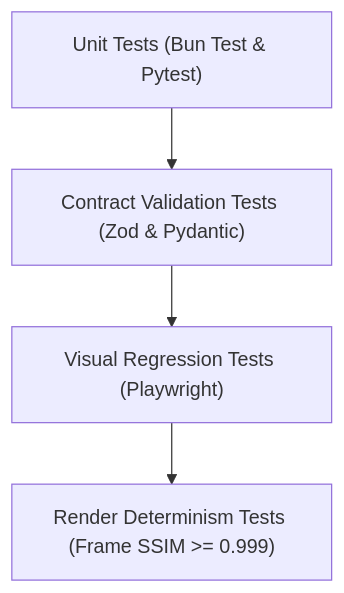
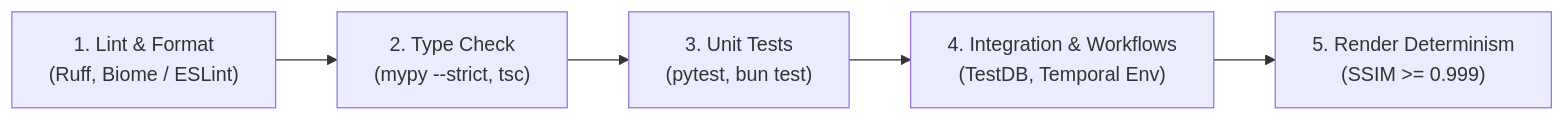
Before and after one commit to hoanglong2206/Video-Tool: the diagram in docs/development/CODING_STANDARDS.md, drawn with Mermaid. The commit also changed other lines of this file and 26 other files, not shown here.

First line of the commit message:
docs(architecture): establish comprehensive documentation system for AI Motion Studio

````diff
--- a/docs/development/CODING_STANDARDS.md
+++ b/docs/development/CODING_STANDARDS.md
@@ -101,11 +201,7 @@
 ```mermaid
-graph TD
-    Unit["Unit Tests (Bun Test & Pytest)"]
-    Contract["Contract Validation Tests (Zod & Pydantic)"]
-    Visual["Visual Regression Tests (Playwright)"]
-    Determinism["Render Determinism Tests (Frame SSIM >= 0.999)"]
-
-    Unit --> Contract
-    Contract --> Visual
-    Visual --> Determinism
+flowchart LR
+    Lint["1. Lint & Format<br>(Ruff, Biome / ESLint)"] --> Type["2. Type Check<br>(mypy --strict, tsc)"]
+    Type --> Unit["3. Unit Tests<br>(pytest, bun test)"]
+    Unit --> Integration["4. Integration & Workflows<br>(TestDB, Temporal Env)"]
+    Integration --> Determinism["5. Render Determinism<br>(SSIM >= 0.999)"]
 ```
````
